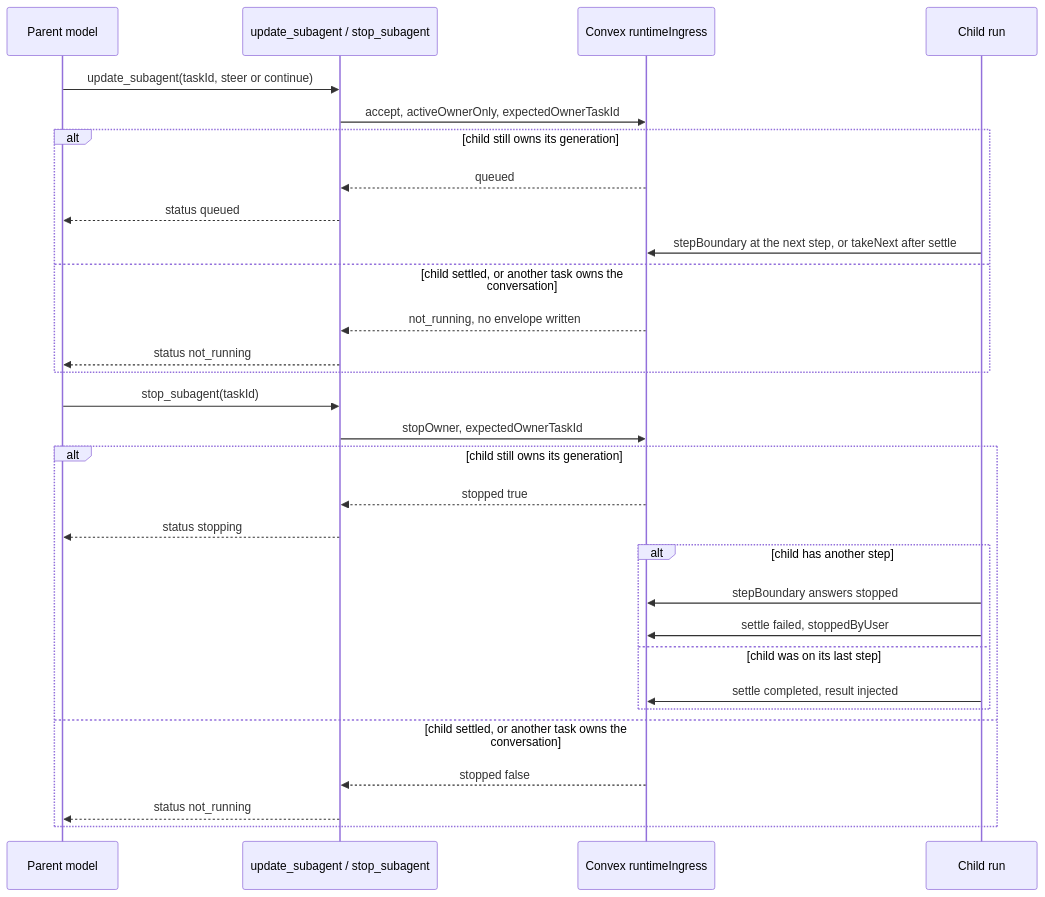
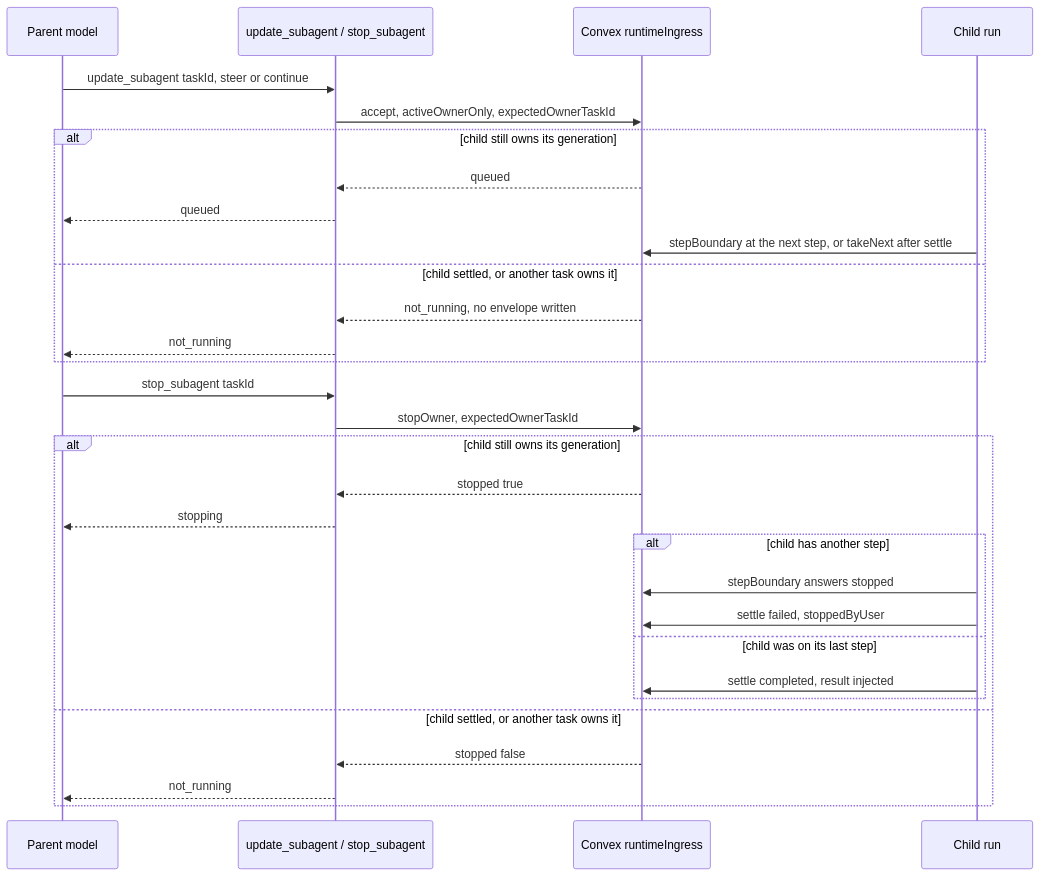
Before and after one commit to beeblastco/broods: the fifth of 7 diagrams in apps/docs/docs/internals/subagents.md, drawn with Mermaid. The commit also changed other lines of this file and 13 other files, not shown here.

First line of the commit message:
docs(internals): diagram-first rewrite of the remaining internals pages

````diff
--- a/apps/docs/docs/internals/subagents.md
+++ b/apps/docs/docs/internals/subagents.md
@@ -91,33 +131,33 @@
 ```mermaid
 sequenceDiagram
   participant P as Parent model
   participant T as update_subagent / stop_subagent
   participant CX as Convex runtimeIngress
   participant Ch as Child run
 
-  P->>T: update_subagent(taskId, steer or continue)
+  P->>T: update_subagent taskId, steer or continue
   T->>CX: accept, activeOwnerOnly, expectedOwnerTaskId
   alt child still owns its generation
     CX-->>T: queued
-    T-->>P: status queued
+    T-->>P: queued
     Ch->>CX: stepBoundary at the next step, or takeNext after settle
-  else child settled, or another task owns the conversation
+  else child settled, or another task owns it
     CX-->>T: not_running, no envelope written
-    T-->>P: status not_running
+    T-->>P: not_running
   end
-  P->>T: stop_subagent(taskId)
+  P->>T: stop_subagent taskId
   T->>CX: stopOwner, expectedOwnerTaskId
   alt child still owns its generation
     CX-->>T: stopped true
-    T-->>P: status stopping
+    T-->>P: stopping
     alt child has another step
       Ch->>CX: stepBoundary answers stopped
       Ch->>CX: settle failed, stoppedByUser
     else child was on its last step
       Ch->>CX: settle completed, result injected
     end
-  else child settled, or another task owns the conversation
+  else child settled, or another task owns it
     CX-->>T: stopped false
-    T-->>P: status not_running
+    T-->>P: not_running
   end
 ```
````
